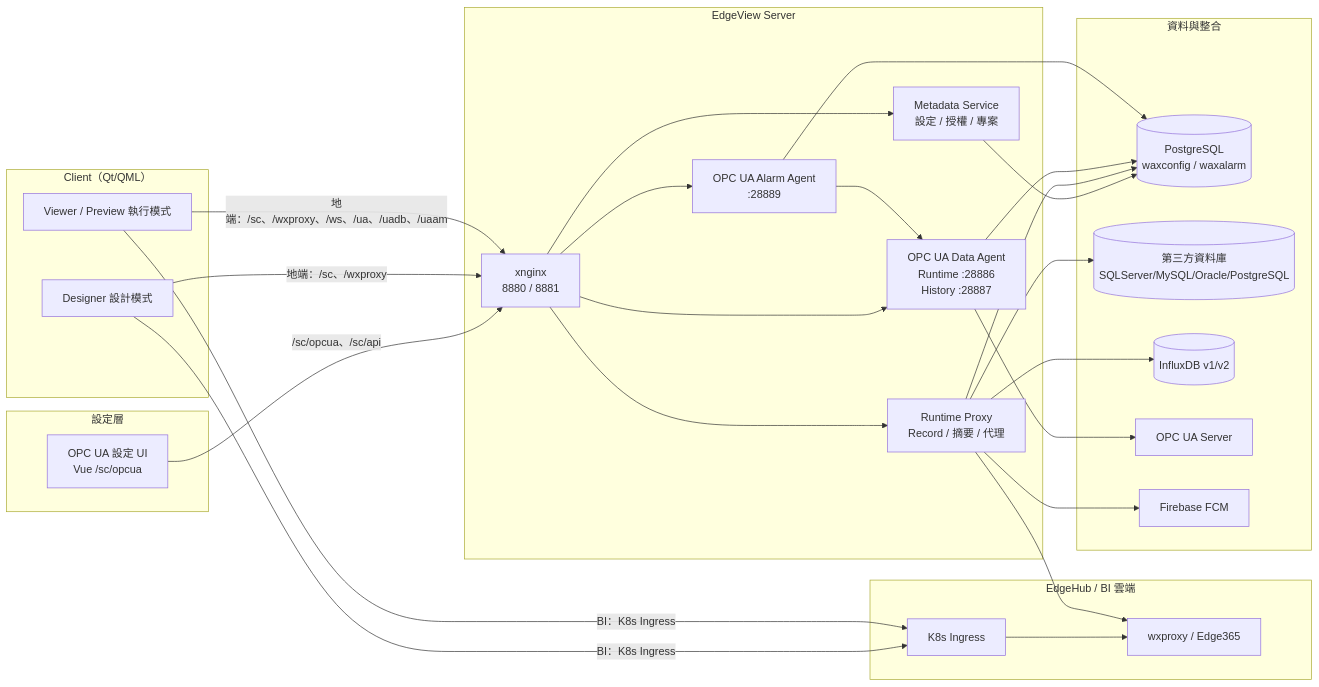
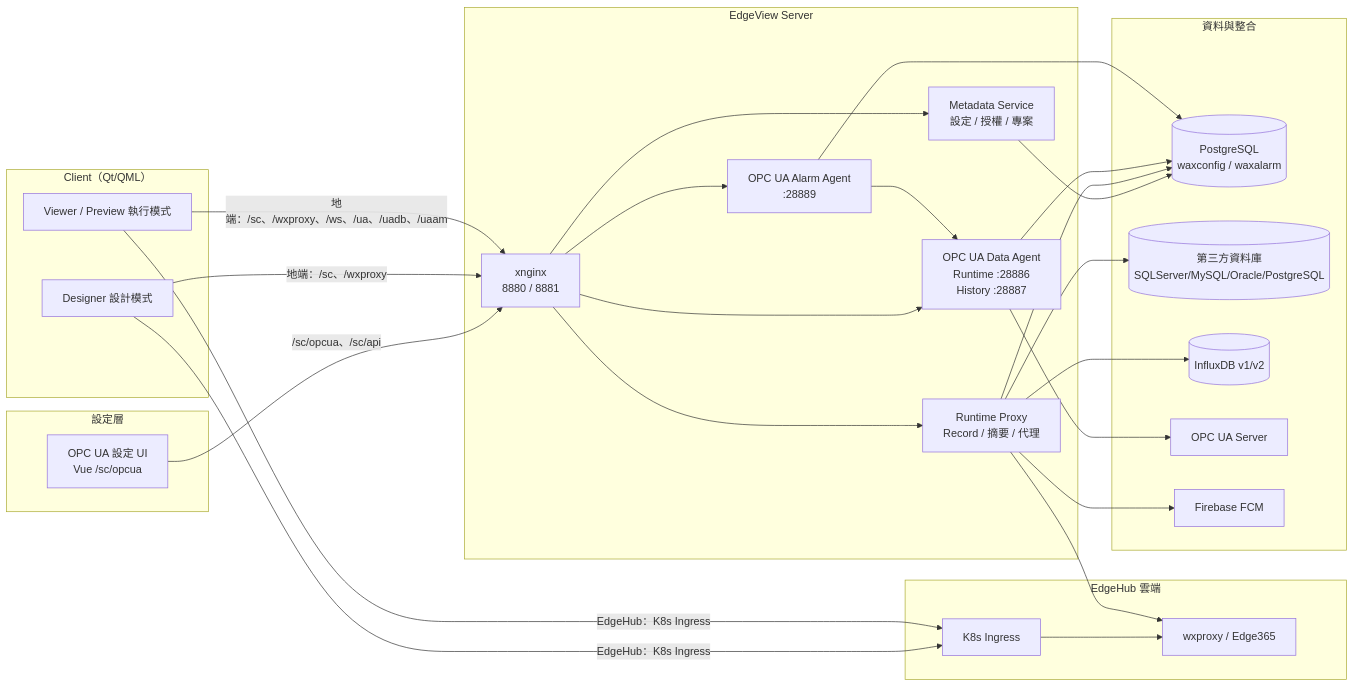
Before and after one commit to PochengChen-del/EdgeViewDoc: the diagram in README.md, drawn with Mermaid. The commit also changed other lines of this file and 16 other files, not shown here.

Commit message:
文件中 BI 產品名更改為 EdgeHub

````diff
--- a/README.md
+++ b/README.md
@@ -58,49 +58,49 @@
 ```mermaid
 flowchart LR
     subgraph Client["Client（Qt/QML）"]
         D[Designer 設計模式]
         V[Viewer / Preview 執行模式]
     end
     subgraph Backend["EdgeView Server"]
         NG[xnginx<br/>8880 / 8881]
         M[Metadata Service<br/>設定 / 授權 / 專案]
         R[Runtime Proxy<br/>Record / 摘要 / 代理]
         A[OPC UA Data Agent<br/>Runtime :28886<br/>History :28887]
         L[OPC UA Alarm Agent<br/>:28889]
     end
-    subgraph Cloud["EdgeHub / BI 雲端"]
+    subgraph Cloud["EdgeHub 雲端"]
         ING[K8s Ingress]
         EH[wxproxy / Edge365]
     end
     subgraph UI["設定層"]
         U[OPC UA 設定 UI<br/>Vue /sc/opcua]
     end
     subgraph Data["資料與整合"]
         PG[(PostgreSQL<br/>waxconfig / waxalarm)]
         DB[(第三方資料庫<br/>SQLServer/MySQL/Oracle/PostgreSQL)]
         TS[(InfluxDB v1/v2)]
         OPC[OPC UA Server]
         FCM[Firebase FCM]
     end
 
     U -->|/sc/opcua、/sc/api| NG
     D -->|地端：/sc、/wxproxy| NG
     V -->|地端：/sc、/wxproxy、/ws、/ua、/uadb、/uaam| NG
-    D -->|BI：K8s Ingress| ING
-    V -->|BI：K8s Ingress| ING
+    D -->|EdgeHub：K8s Ingress| ING
+    V -->|EdgeHub：K8s Ingress| ING
     ING --> EH
     NG --> M
     NG --> R
     NG --> A
     NG --> L
     M --> PG
     R --> PG
     R --> DB
     R --> TS
     R --> EH
     R --> FCM
     A --> PG
     A --> OPC
     L --> PG
     L --> A
 ```
````
